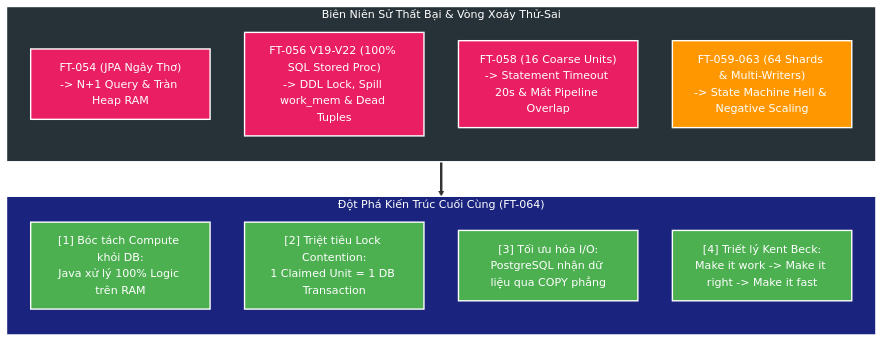
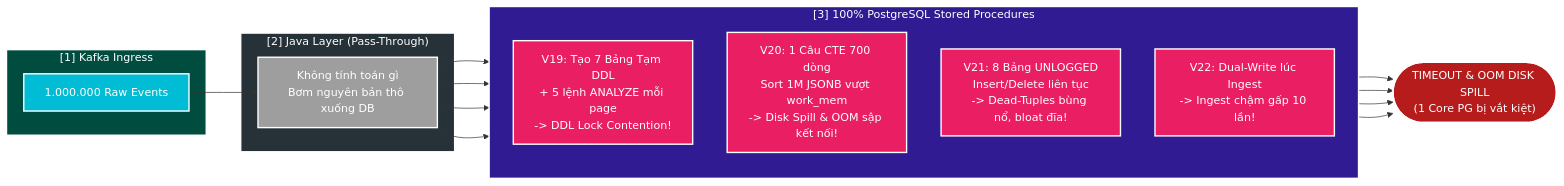
Before and after one commit to HungPhan200591/file-mngt-be-v2: the third of 6 diagrams in manual/learning/deep-dive/catalog-service/01-catalog-coalescing-and-reconciliation-deep-dive.md, drawn with Mermaid. The commit also changed other lines of this file and 13 other files, not shown here.

````diff
--- a/manual/learning/deep-dive/catalog-service/01-catalog-coalescing-and-reconciliation-deep-dive.md
+++ b/manual/learning/deep-dive/catalog-service/01-catalog-coalescing-and-reconciliation-deep-dive.md
@@ -135,28 +176,35 @@
 ```mermaid
-flowchart TD
-    subgraph FAIL["Biên Niên Sử Thất Bại & Vòng Xoáy Thử-Sai"]
+flowchart LR
+    subgraph INGRESS2["[1] Kafka Ingress"]
+        K2["1.000.000 Raw Events"]
+    end
+    subgraph JVM2["[2] Java Layer (Pass-Through)"]
+        J2["Không tính toán gì\nBơm nguyên bản thô xuống DB"]
+    end
+    subgraph DB2["[3] 100% PostgreSQL Stored Procedures"]
         direction TB
-        F1["FT-054 (JPA Ngây Thơ)\n-> N+1 Query & Tràn Heap RAM"]
-        F2["FT-056 V19-V22 (100% SQL Stored Proc)\n-> DDL Lock, Spill work_mem & Dead Tuples"]
-        F3["FT-058 (16 Coarse Units)\n-> Statement Timeout 20s & Mất Pipeline Overlap"]
-        F4["FT-059-063 (64 Shards & Multi-Writers)\n-> State Machine Hell & Negative Scaling"]
+        V19["V19: Tạo 7 Bảng Tạm DDL\n+ 5 lệnh ANALYZE mỗi page\n-> DDL Lock Contention!"]
+        V20["V20: 1 Câu CTE 700 dòng\nSort 1M JSONB vượt work_mem\n-> Disk Spill & OOM sập kết nối!"]
+        V21["V21: 8 Bảng UNLOGGED\nInsert/Delete liên tục\n-> Dead-Tuples bùng nổ, bloat đĩa!"]
+        V22["V22: Dual-Write lúc Ingest\n-> Ingest chậm gấp 10 lần!"]
     end
-    subgraph SOLUTION["Đột Phá Kiến Trúc Cuối Cùng (FT-064)"]
-        direction TB
-        S1["[1] Bóc tách Compute khỏi DB:\nJava xử lý 100% Logic trên RAM"]
-        S2["[2] Triệt tiêu Lock Contention:\n1 Claimed Unit = 1 DB Transaction"]
-        S3["[3] Tối ưu hóa I/O:\nPostgreSQL nhận dữ liệu qua COPY phẳng"]
-        S4["[4] Triết lý Kent Beck:\nMake it work -> Make it right -> Make it fast"]
-    end
-    FAIL ==> SOLUTION
-    style FAIL fill:#263238,stroke:#fff,stroke-width:2px,color:#fff
-    style F1 fill:#E91E63,stroke:#fff,stroke-width:2px,color:#fff
-    style F2 fill:#E91E63,stroke:#fff,stroke-width:2px,color:#fff
-    style F3 fill:#E91E63,stroke:#fff,stroke-width:2px,color:#fff
-    style F4 fill:#FF9800,stroke:#fff,stroke-width:2px,color:#fff
-    style SOLUTION fill:#1A237E,stroke:#fff,stroke-width:2px,color:#fff
-    style S1 fill:#4CAF50,stroke:#fff,stroke-width:2px,color:#fff
-    style S2 fill:#4CAF50,stroke:#fff,stroke-width:2px,color:#fff
-    style S3 fill:#4CAF50,stroke:#fff,stroke-width:2px,color:#fff
-    style S4 fill:#4CAF50,stroke:#fff,stroke-width:2px,color:#fff
+    K2 --> J2
+    J2 --> V19
+    J2 --> V20
+    J2 --> V21
+    J2 --> V22
+    V19 --> DEAD2(["TIMEOUT & OOM DISK SPILL\n(1 Core PG bị vắt kiệt)"])
+    V20 --> DEAD2
+    V21 --> DEAD2
+    V22 --> DEAD2
+    style INGRESS2 fill:#004D40,stroke:#fff,stroke-width:2px,color:#fff
+    style K2 fill:#00BCD4,stroke:#fff,stroke-width:2px,color:#fff
+    style JVM2 fill:#263238,stroke:#fff,stroke-width:2px,color:#fff
+    style J2 fill:#9E9E9E,stroke:#fff,stroke-width:2px,color:#fff
+    style DB2 fill:#311B92,stroke:#fff,stroke-width:2px,color:#fff
+    style V19 fill:#E91E63,stroke:#fff,stroke-width:2px,color:#fff
+    style V20 fill:#E91E63,stroke:#fff,stroke-width:2px,color:#fff
+    style V21 fill:#E91E63,stroke:#fff,stroke-width:2px,color:#fff
+    style V22 fill:#E91E63,stroke:#fff,stroke-width:2px,color:#fff
+    style DEAD2 fill:#B71C1C,stroke:#fff,stroke-width:2px,color:#fff
 ```
````
